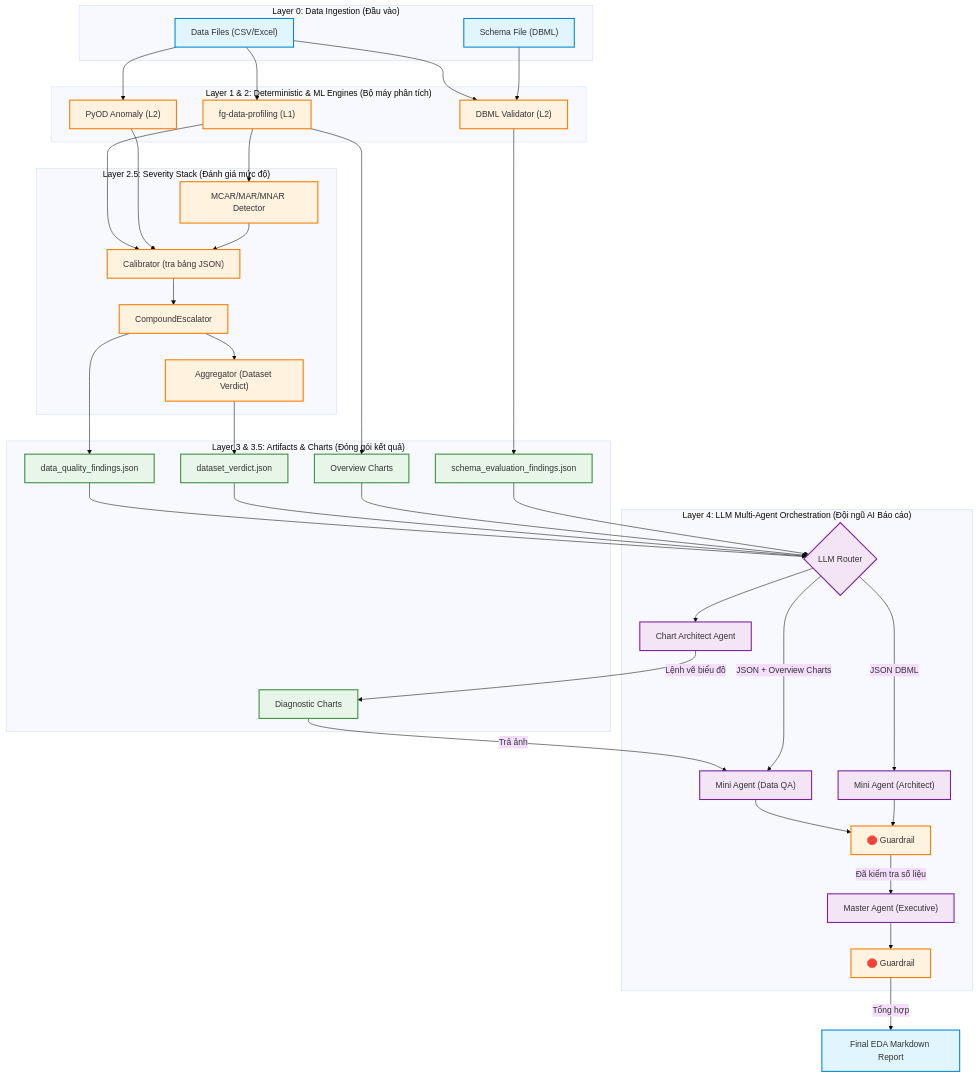
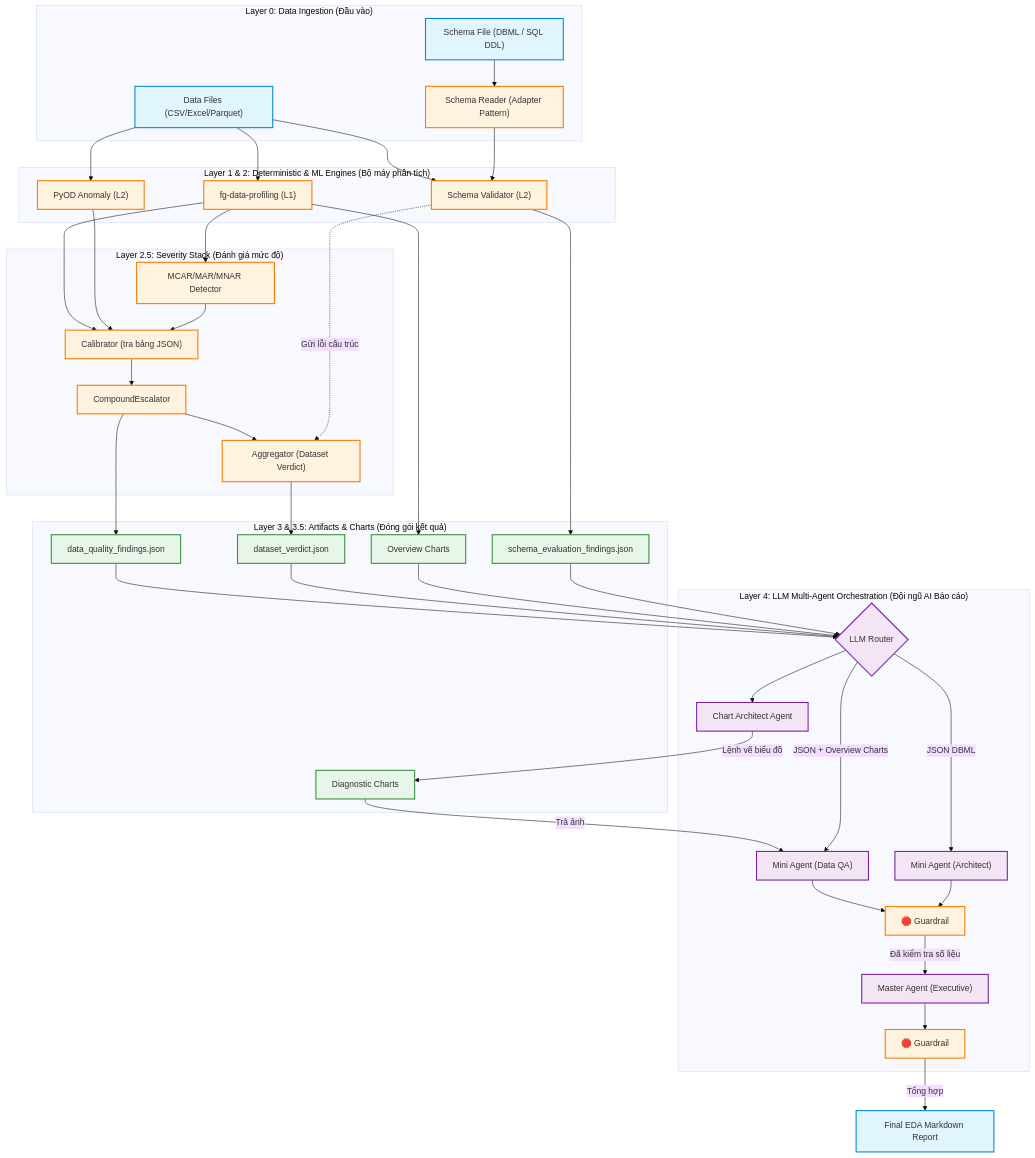
Before and after one commit to nhantpv/Auto-Data-Profiling-Smart-EDA-Report-Tool: the diagram in docs/system_architecture_design.md, drawn with Mermaid (base theme). The commit also changed other lines of this file and 12 other files, not shown here.

````diff
--- a/docs/system_architecture_design.md
+++ b/docs/system_architecture_design.md
@@ -23,78 +23,82 @@
 ```mermaid
 graph TD
     classDef input fill:#e1f5fe,stroke:#0288d1,stroke-width:2px;
     classDef engine fill:#fff3e0,stroke:#f57c00,stroke-width:2px;
     classDef artifact fill:#e8f5e9,stroke:#388e3c,stroke-width:2px;
     classDef agent fill:#f3e5f5,stroke:#7b1fa2,stroke-width:2px;
 
     %% INPUT
     subgraph L0 ["Layer 0: Data Ingestion (Đầu vào)"]
-        D1["Data Files (CSV/Excel)"]:::input
-        S1["Schema File (DBML)"]:::input
+        D1["Data Files (CSV/Excel/Parquet)"]:::input
+        S1["Schema File (DBML / SQL DDL)"]:::input
+        SR["Schema Reader (Adapter Pattern)"]:::engine
     end
+
+    S1 --> SR
 
     %% ENGINES (L1 & L2)
     subgraph L1_L2 ["Layer 1 & 2: Deterministic & ML Engines (Bộ máy phân tích)"]
         E1["fg-data-profiling (L1)"]:::engine
         E2["PyOD Anomaly (L2)"]:::engine
-        E3["DBML Validator (L2)"]:::engine
+        E3["Schema Validator (L2)"]:::engine
     end
 
     D1 --> E1
     D1 --> E2
-    D1 & S1 --> E3
+    D1 & SR --> E3
 
     %% SEVERITY STACK (L2.5)
     subgraph L2_5 ["Layer 2.5: Severity Stack (Đánh giá mức độ)"]
         SS1["MCAR/MAR/MNAR Detector"]:::engine
         SS2["Calibrator (tra bảng JSON)"]:::engine
         SS3["CompoundEscalator"]:::engine
         SS4["Aggregator (Dataset Verdict)"]:::engine
     end
 
     E1 --> SS1
     E1 & E2 --> SS2
     SS1 --> SS2
     SS2 --> SS3
     SS3 --> SS4
+    E3 -.->|"Gửi lỗi cấu trúc"| SS4
 
     %% ONTOLOGY (L3 & L3.5)
     subgraph L3 ["Layer 3 & 3.5: Artifacts & Charts (Đóng gói kết quả)"]
         J1["data_quality_findings.json"]:::artifact
         J2["schema_evaluation_findings.json"]:::artifact
         J3["dataset_verdict.json"]:::artifact
         C1["Overview Charts"]:::artifact
         C2["Diagnostic Charts"]:::artifact
     end
 
     SS3 --> J1
     E3 --> J2
     SS4 --> J3
     E1 --> C1
 
     %% LLM REPORTING (L4)
     subgraph L4 ["Layer 4: LLM Multi-Agent Orchestration (Đội ngũ AI Báo cáo)"]
         R1{"LLM Router"}:::agent
         CA["Chart Architect Agent"]:::agent
         A1["Mini Agent (Data QA)"]:::agent
         A2["Mini Agent (Architect)"]:::agent
         G1["🛑 Guardrail"]:::engine
         M1["Master Agent (Executive)"]:::agent
         G2["🛑 Guardrail"]:::engine
     end
 
     J1 & J3 & C1 --> R1
     J2 --> R1
     
     R1 --> CA
     CA -->|"Lệnh vẽ biểu đồ"| C2
     C2 -->|"Trả ảnh"| A1
     
     R1 -->|"JSON + Overview Charts"| A1
     R1 -->|"JSON DBML"| A2
     
     A1 & A2 --> G1
     G1 -->|"Đã kiểm tra số liệu"| M1
     M1 --> G2
     G2 -->|"Tổng hợp"| OUT["Final EDA Markdown Report"]:::input
 ```
````
